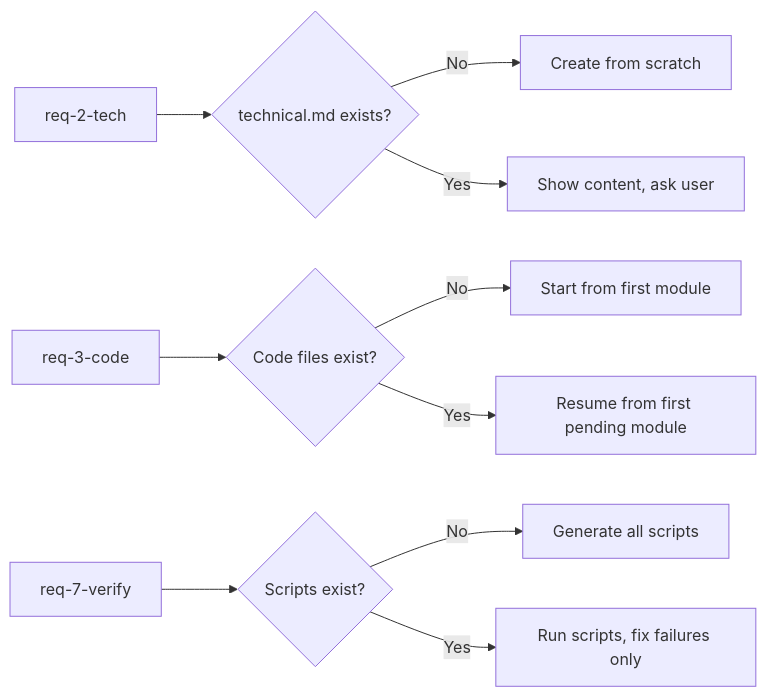
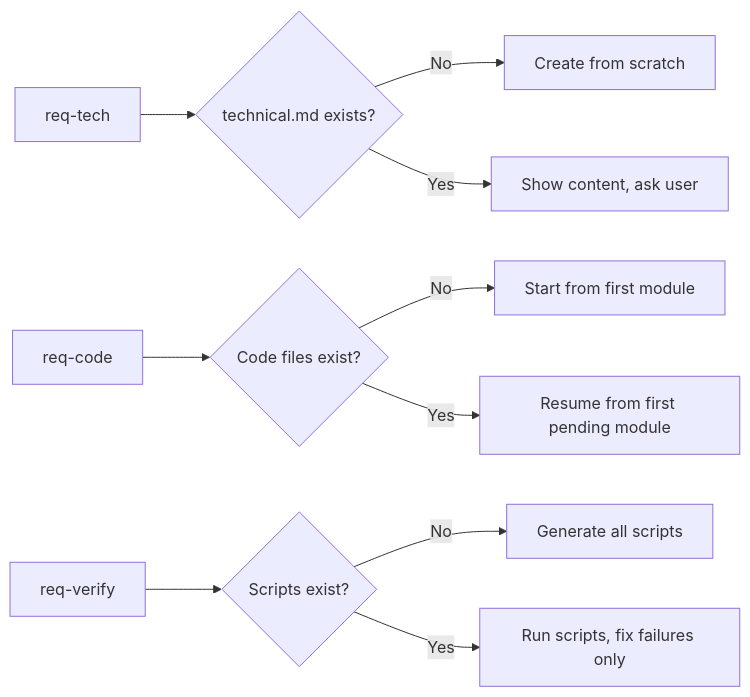
The third of 4 diagrams in _shared/recovery.md (GOODDAYDAY/my-skills), drawn with Mermaid before and after one commit. The commit also changed other lines of this file and 13 other files, not shown here.

````diff
--- a/_shared/recovery.md
+++ b/_shared/recovery.md
@@ -59,12 +59,12 @@
 ```mermaid
 flowchart LR
-    A[req-2-tech] --> B{technical.md exists?}
+    A[req-tech] --> B{technical.md exists?}
     B -- No --> C[Create from scratch]
     B -- Yes --> D[Show content, ask user]
-    E[req-3-code] --> F{Code files exist?}
+    E[req-code] --> F{Code files exist?}
     F -- No --> G[Start from first module]
     F -- Yes --> H[Resume from first pending module]
-    I[req-7-verify] --> J{Scripts exist?}
+    I[req-verify] --> J{Scripts exist?}
     J -- No --> K[Generate all scripts]
     J -- Yes --> L[Run scripts, fix failures only]
 ```
````
